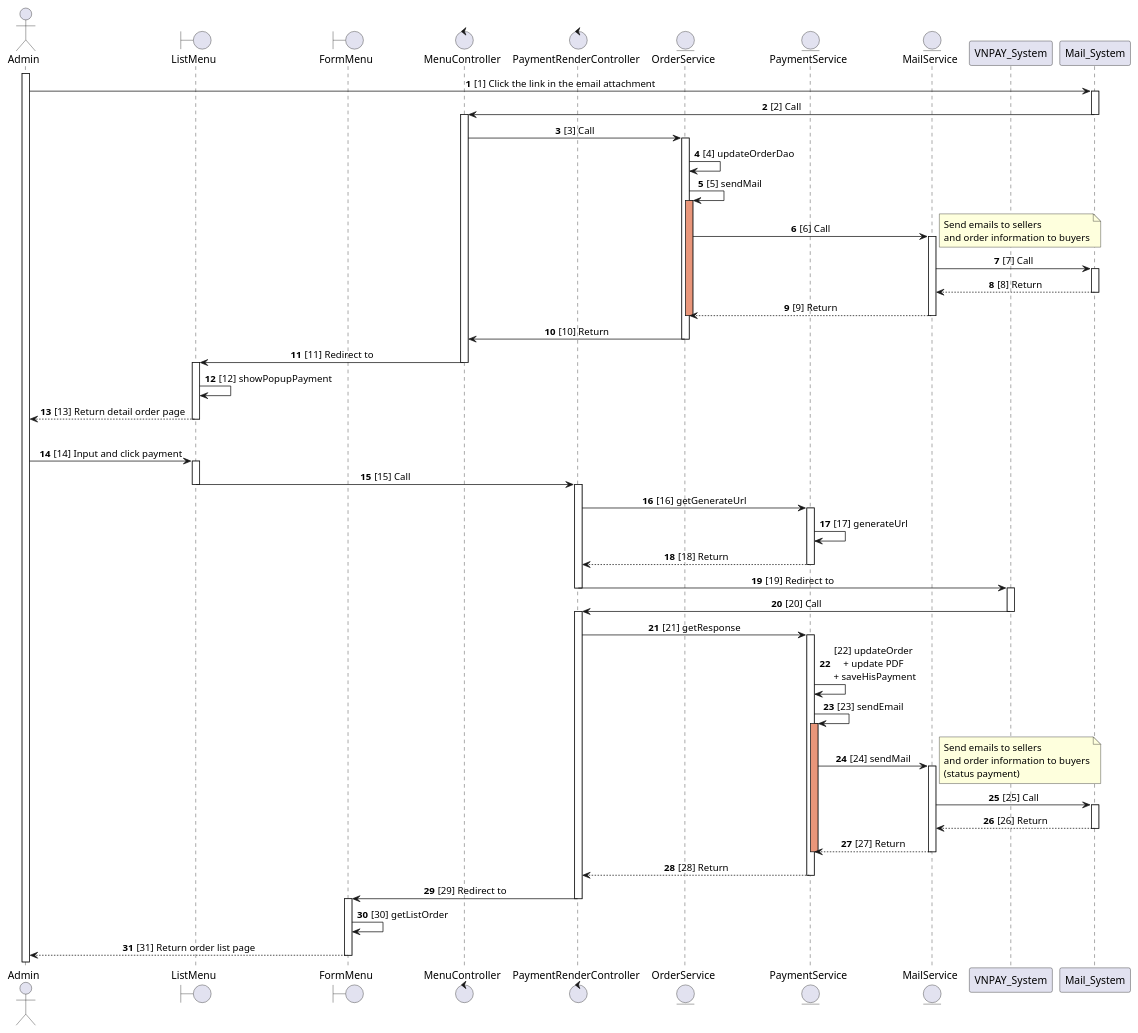
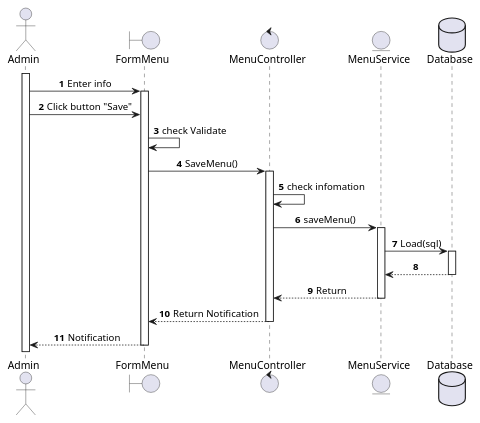
Before and after one commit to HuyThong94/Funix: the diagram in plantUML/sequence_menu_create.puml, drawn with PlantUML. The commit also changed 1 other file, not shown here.

```diff
--- a/plantUML/sequence_menu_create.puml
+++ b/plantUML/sequence_menu_create.puml
@@ -1,59 +1,22 @@
 @startuml sequence_sample
 skinparam SequenceMessageAlignment center
 actor Admin
-boundary ListMenu as Foo
-boundary FormMenu as Foo1
-control MenuController as Foo2
-control PaymentRenderController as Foo3
-entity OrderService as Foo4
-entity PaymentService as Foo5
-entity MailService as Foo6
-participant VNPAY_System as Foo7
-participant Mail_System as Foo8
+boundary FormMenu as Foo
+control MenuController as Foo1
+entity MenuService as Foo2
+' participant Database as Foo3
+database Database as Foo3
 Admin ++
 autonumber 1
-Admin -> Foo8 ++: [1] Click the link in the email attachment
-' autonumber 2
-Foo8 -> Foo2 --++: [2] Call
-Foo2 -> Foo4 ++: [3] Call
-Foo4 -> Foo4: [4] updateOrderDao
-Foo4 -> Foo4 ++ #DarkSalmon: [5] sendMail
-Foo4 -> Foo6 ++: [6] Call
-note right
-    Send emails to sellers
-    and order information to buyers
-end note
-Foo6 -> Foo8 ++: [7] Call
-Foo8 --> Foo6 --: [8] Return
-Foo6 --> Foo4 --: [9] Return
-deactivate Foo4
-Foo4 -> Foo2 --: [10] Return
-Foo2 -> Foo --++: [11] Redirect to
-Foo -> Foo: [12] showPopupPayment
-Foo --> Admin --: [13] Return detail order page
-|||
-Admin -> Foo ++: [14] Input and click payment
-Foo -> Foo3 --++: [15] Call
-Foo3 -> Foo5 ++: [16] getGenerateUrl
-Foo5 -> Foo5: [17] generateUrl
-Foo5 --> Foo3 --: [18] Return
-Foo3 -> Foo7 --++: [19] Redirect to
-Foo7 -> Foo3 --++: [20] Call
-Foo3 -> Foo5 ++: [21] getResponse
-Foo5 -> Foo5: [22] updateOrder \n+ update PDF \n+ saveHisPayment
-Foo5 -> Foo5 ++ #DarkSalmon: [23] sendEmail
-Foo5 -> Foo6 ++: [24] sendMail
-note right
-    Send emails to sellers
-    and order information to buyers
-    (status payment)
-end note
-Foo6 -> Foo8 ++: [25] Call
-Foo8 --> Foo6 --: [26] Return
-Foo6 --> Foo5 --: [27] Return
-deactivate Foo5
-Foo5 --> Foo3 --: [28] Return
-Foo3 -> Foo1 --++: [29] Redirect to
-Foo1 -> Foo1: [30] getListOrder
-Foo1 --> Admin --: [31] Return order list page
+Admin -> Foo ++: Enter info
+Admin -> Foo : Click button "Save"
+Foo -> Foo : check Validate
+Foo -> Foo1 ++: SaveMenu()
+Foo1 -> Foo1 : check infomation
+Foo1 -> Foo2 ++: saveMenu()
+Foo2 -> Foo3 ++: Load(sql)
+Foo3  --> Foo2 --:
+Foo2 --> Foo1 --: Return
+Foo1 --> Foo --: Return Notification
+Foo --> Admin --: Notification
 @enduml
```
